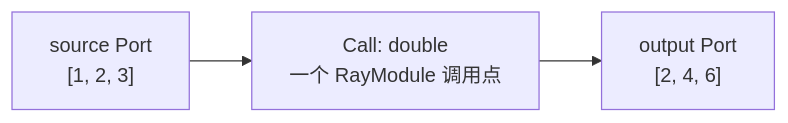
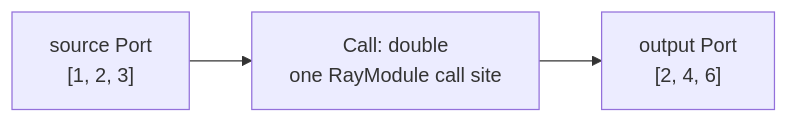
Before and after one commit to OpenDCAI/RayOrch: the second of 24 diagrams in docs/multigrain_v3_6_getting_started.md, drawn with Mermaid. The commit also changed other lines of this file and 31 other files, not shown here.

Commit message:
docs(v3.6): publish bilingual architecture guides

````diff
--- a/docs/multigrain_v3_6_getting_started.md
+++ b/docs/multigrain_v3_6_getting_started.md
@@ -119,8 +467,8 @@
 ```mermaid
 flowchart LR
     Source["source Port<br/>[1, 2, 3]"]
-    Call["Call: double<br/>一个 RayModule 调用点"]
+    Call["Call: double<br/>one RayModule call site"]
     Output["output Port<br/>[2, 4, 6]"]
 
     Source --> Call --> Output
 ```
````
